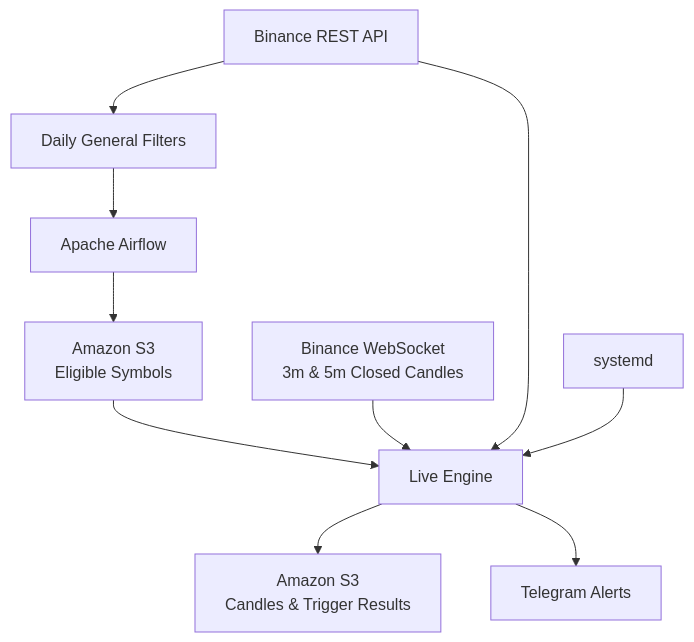
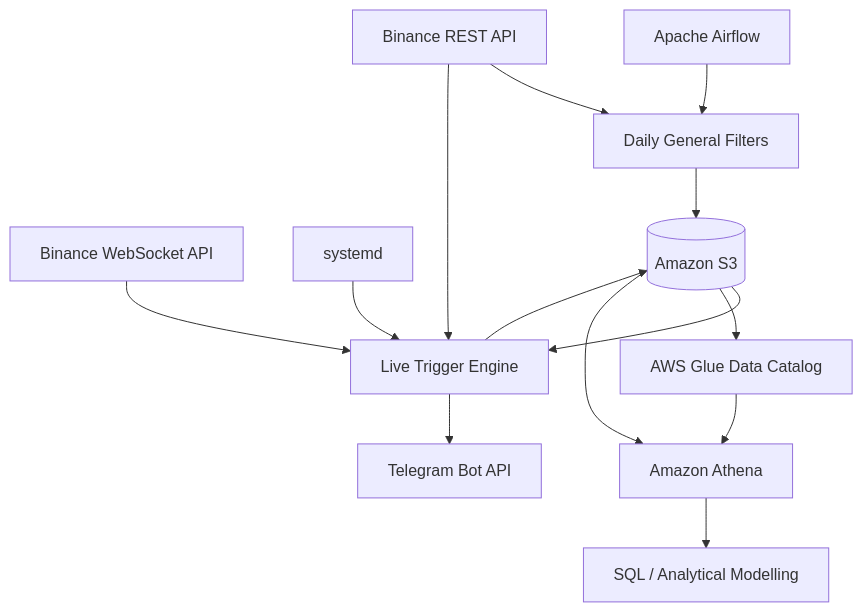
Before and after one commit to ybzenchenko/tg_alerts: the diagram in README.md, drawn with Mermaid. The commit also changed other lines of this file, not shown here.

````diff
--- a/README.md
+++ b/README.md
@@ -20,15 +30,34 @@
 ```mermaid
 flowchart TD
-    A[Binance REST API] --> B[Daily General Filters]
-    B --> C[Apache Airflow]
-    C --> D[Amazon S3<br/>Eligible Symbols]
+    REST[Binance REST API]
+    WS[Binance WebSocket API]
 
-    D --> E[Live Engine]
-    F[Binance WebSocket<br/>3m & 5m Closed Candles] --> E
-    A --> E
+    AIRFLOW[Apache Airflow]
+    FILTERS[Daily General Filters]
+    LIVE[Live Trigger Engine]
+    SYSTEMD[systemd]
 
-    E --> G[Amazon S3<br/>Candles & Trigger Results]
-    E --> H[Telegram Alerts]
+    S3[(Amazon S3)]
+    TG[Telegram Bot API]
 
-    I[systemd] --> E
+    GLUE[AWS Glue Data Catalog]
+    ATHENA[Amazon Athena]
+    ANALYSIS[SQL / Analytical Modelling]
+
+    AIRFLOW --> FILTERS
+    REST --> FILTERS
+    FILTERS --> S3
+
+    S3 --> LIVE
+    WS --> LIVE
+    REST --> LIVE
+    SYSTEMD --> LIVE
+
+    LIVE --> S3
+    LIVE --> TG
+
+    S3 --> GLUE
+    GLUE --> ATHENA
+    S3 --> ATHENA
+    ATHENA --> ANALYSIS
 ```
````
